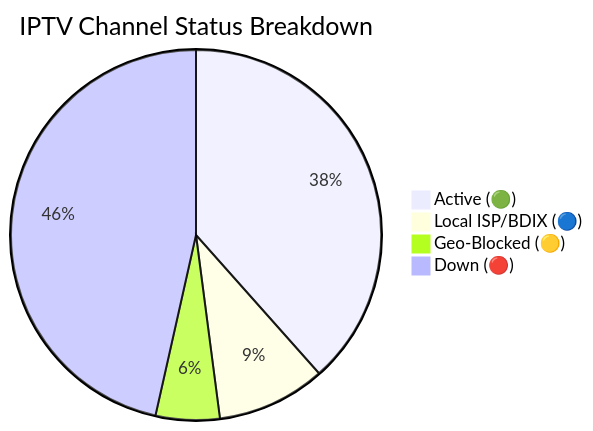
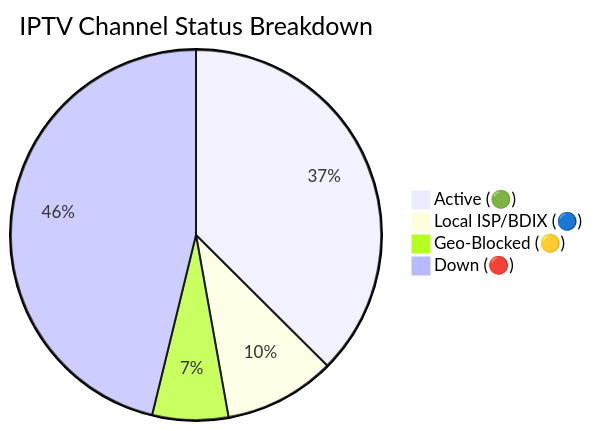
One commit to andreataylord/Ip-tv-Collection changed the diagram in README.md. Above: the diagram before and after it, drawn with Mermaid. The commit also changed other lines of this file and 3 other files, not shown here.

````diff
--- a/README.md
+++ b/README.md
@@ -59,7 +59,7 @@
 ```mermaid
 pie title IPTV Channel Status Breakdown
-    "Active (🟢)" : 3104
+    "Active (🟢)" : 2957
     "Local ISP/BDIX (🔵)" : 767
-    "Geo-Blocked (🟡)" : 451
-    "Down (🔴)" : 3754
+    "Geo-Blocked (🟡)" : 523
+    "Down (🔴)" : 3646
 ```
````
